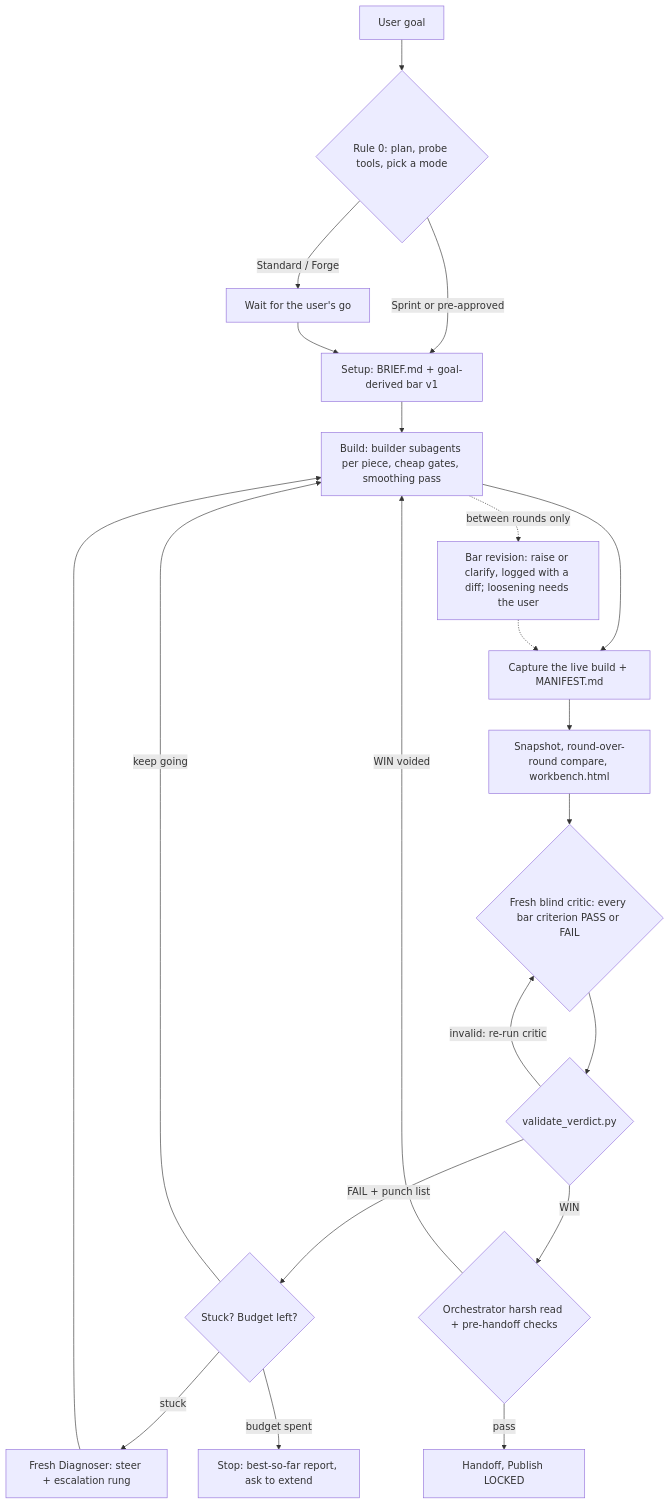
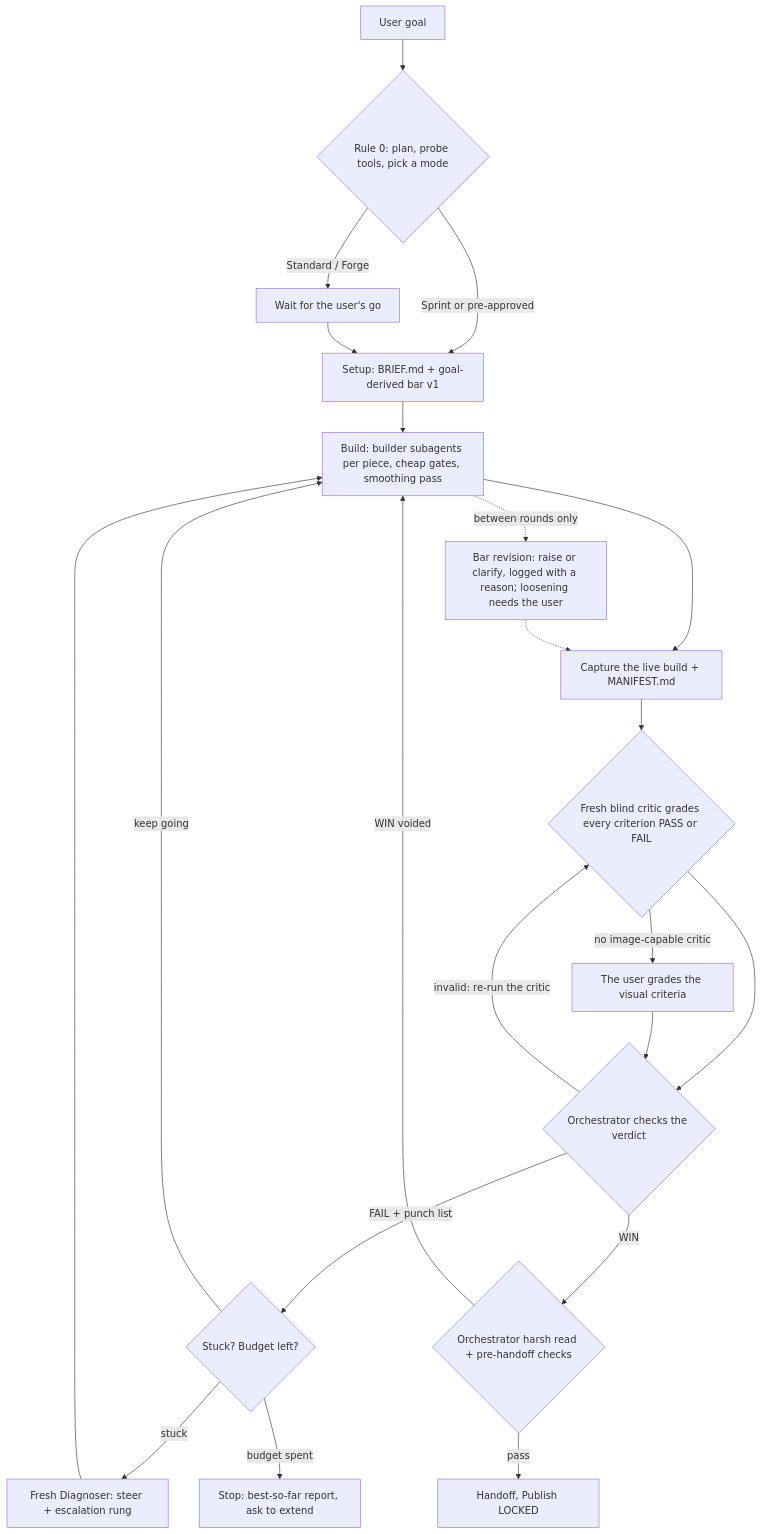
One commit to ASHR12/forge-protocol-skill changed the diagram in README.md. Above: the diagram before and after it, drawn with Mermaid. The commit also changed other lines of this file and 31 other files, not shown here.

````diff
--- a/README.md
+++ b/README.md
@@ -17,21 +13,22 @@
 ```mermaid
 flowchart TD
     G["User goal"] --> R0{"Rule 0: plan, probe tools, pick a mode"}
     R0 -- "Sprint or pre-approved" --> S["Setup: BRIEF.md + goal-derived bar v1"]
     R0 -- "Standard / Forge" --> W["Wait for the user's go"] --> S
     S --> B["Build: builder subagents per piece, cheap gates, smoothing pass"]
     B --> C["Capture the live build + MANIFEST.md"]
-    C --> K["Snapshot, round-over-round compare, workbench.html"]
-    K --> F{"Fresh blind critic: every bar criterion PASS or FAIL"}
-    F --> V{"validate_verdict.py"}
-    V -- "invalid: re-run critic" --> F
+    C --> F{"Fresh blind critic grades every criterion PASS or FAIL"}
+    F -- "no image-capable critic" --> U["The user grades the visual criteria"]
+    F --> V{"Orchestrator checks the verdict"}
+    U --> V
+    V -- "invalid: re-run the critic" --> F
     V -- "FAIL + punch list" --> D{"Stuck? Budget left?"}
     D -- "stuck" --> X["Fresh Diagnoser: steer + escalation rung"] --> B
     D -- "budget spent" --> E["Stop: best-so-far report, ask to extend"]
     D -- "keep going" --> B
     V -- "WIN" --> O{"Orchestrator harsh read + pre-handoff checks"}
     O -- "WIN voided" --> B
     O -- "pass" --> H["Handoff, Publish LOCKED"]
-    B -. "between rounds only" .-> BR["Bar revision: raise or clarify, logged with a diff; loosening needs the user"]
+    B -. "between rounds only" .-> BR["Bar revision: raise or clarify, logged with a reason; loosening needs the user"]
     BR -.-> C
 ```
````
